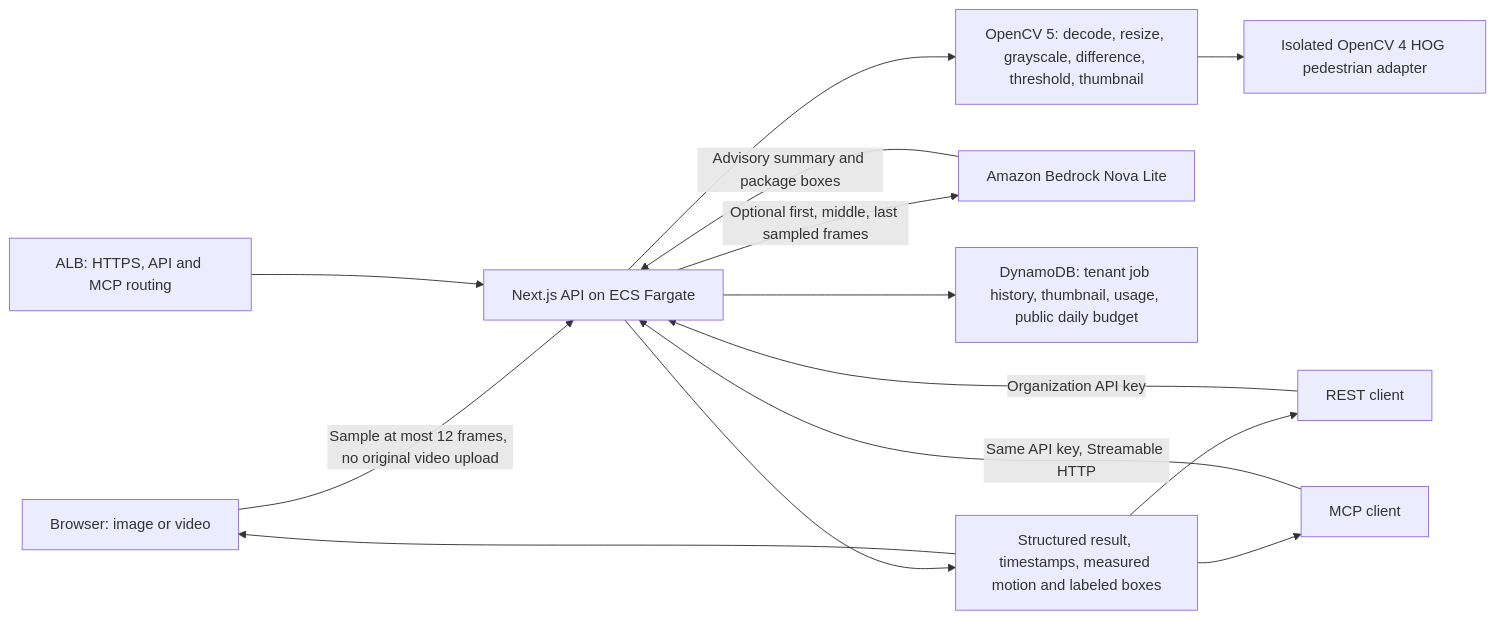
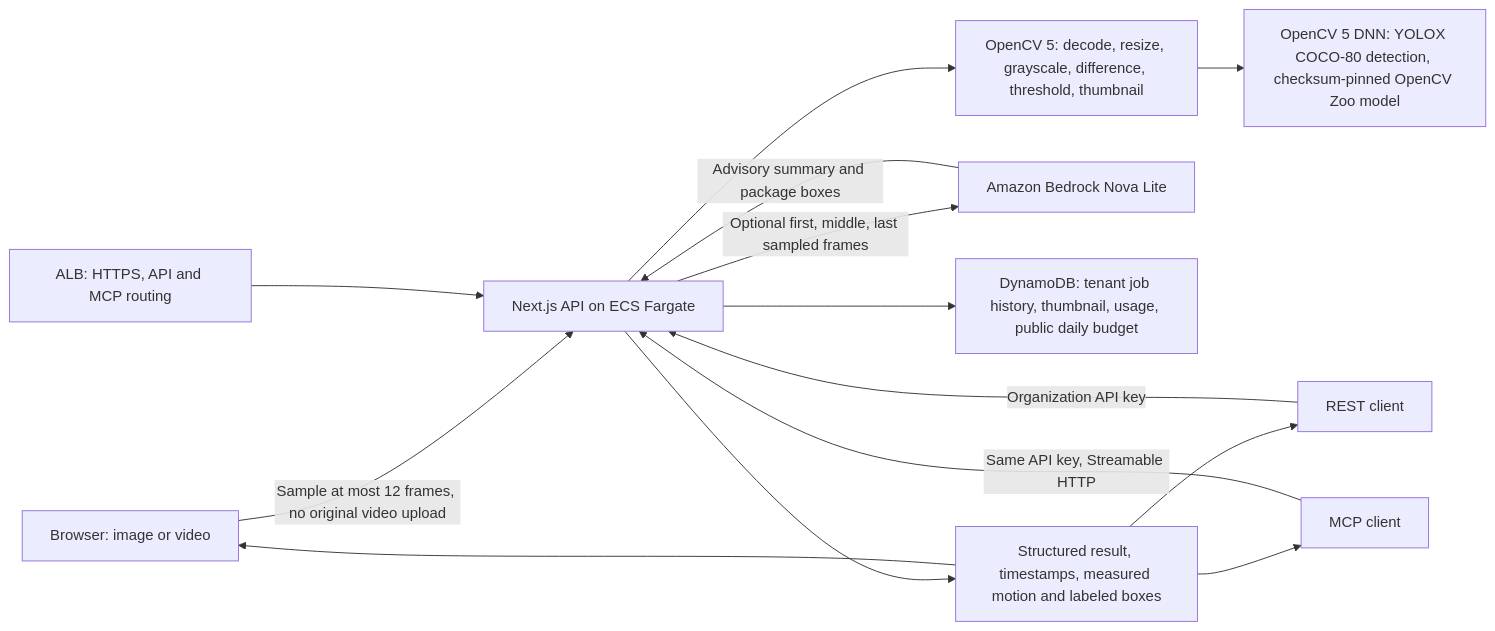
One commit to techcto/autovision changed the diagram in devops/testing/architecture.mmd. Above: the diagram before and after it, drawn with Mermaid. The commit also changed 27 other files, not shown here.

Commit message:
Replace HOG with OpenCV 5 YOLOX detection

```diff
--- a/devops/testing/architecture.mmd
+++ b/devops/testing/architecture.mmd
@@ -1,14 +1,14 @@
 flowchart LR
   Browser[Browser: image or video] -->|Sample at most 12 frames, no original video upload| API
   REST[REST client] -->|Organization API key| API
   MCP[MCP client] -->|Same API key, Streamable HTTP| API
   ALB[ALB: HTTPS, API and MCP routing] --> API[Next.js API on ECS Fargate]
   API --> CV[OpenCV 5: decode, resize, grayscale, difference, threshold, thumbnail]
-  CV --> HOG[Isolated OpenCV 4 HOG pedestrian adapter]
+  CV --> YOLOX[OpenCV 5 DNN: YOLOX COCO-80 detection, checksum-pinned OpenCV Zoo model]
   API -->|Optional first, middle, last sampled frames| Nova[Amazon Bedrock Nova Lite]
   Nova -->|Advisory summary and package boxes| API
   API --> DDB[DynamoDB: tenant job history, thumbnail, usage, public daily budget]
   API --> Result[Structured result, timestamps, measured motion and labeled boxes]
   Result --> Browser
   Result --> REST
   Result --> MCP
```
